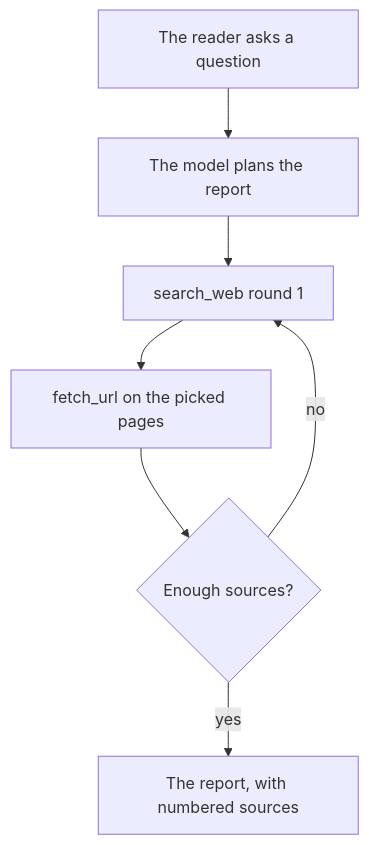
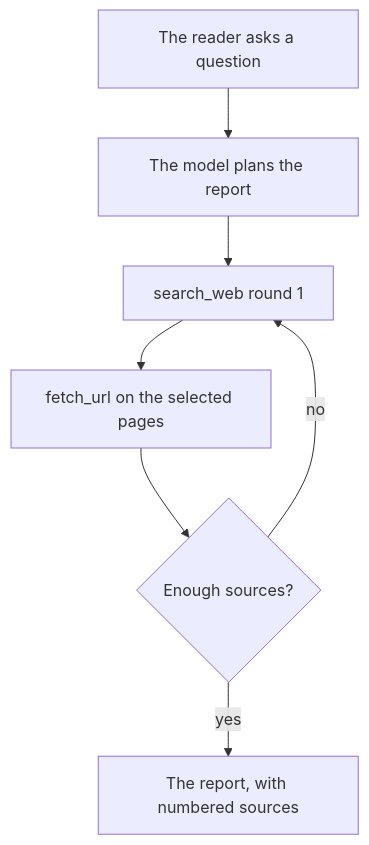
Before and after one commit to nemoe7/daedalus: the diagram in docs/integrations/owui/deep-research.md, drawn with Mermaid. The commit also changed 53 other files, not shown here.

````diff
--- a/docs/integrations/owui/deep-research.md
+++ b/docs/integrations/owui/deep-research.md
@@ -7,9 +7,9 @@
 ```mermaid
 flowchart TD
   A[The reader asks a question] --> B[The model plans the report]
   B --> C[search_web round 1]
-  C --> D[fetch_url on the picked pages]
+  C --> D[fetch_url on the selected pages]
   D --> E{Enough sources?}
   E -- no --> C
   E -- yes --> F[The report, with numbered sources]
 ```
````
